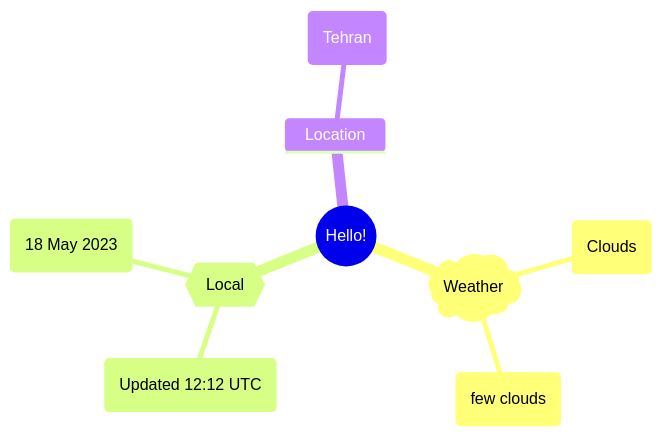
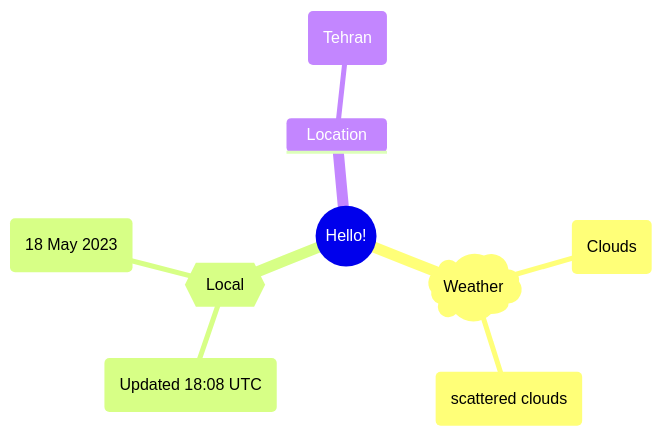
One commit to Xosrov/Xosrov changed the first of 2 diagrams in README.md. Above: the diagram before and after it, drawn with Mermaid.

Commit message:
[bot] updated images

````diff
--- a/README.md
+++ b/README.md
@@ -3,12 +3,12 @@
 ```mermaid
 mindmap
   root((Hello!))
     )Weather(
         (Clouds)
-        (few clouds)
+        (scattered clouds)
     {{Local}}
-        (Updated 12:12 UTC)
+        (Updated 18:08 UTC)
         (18 May 2023)
     Location
         (Tehran)
 ```
````
